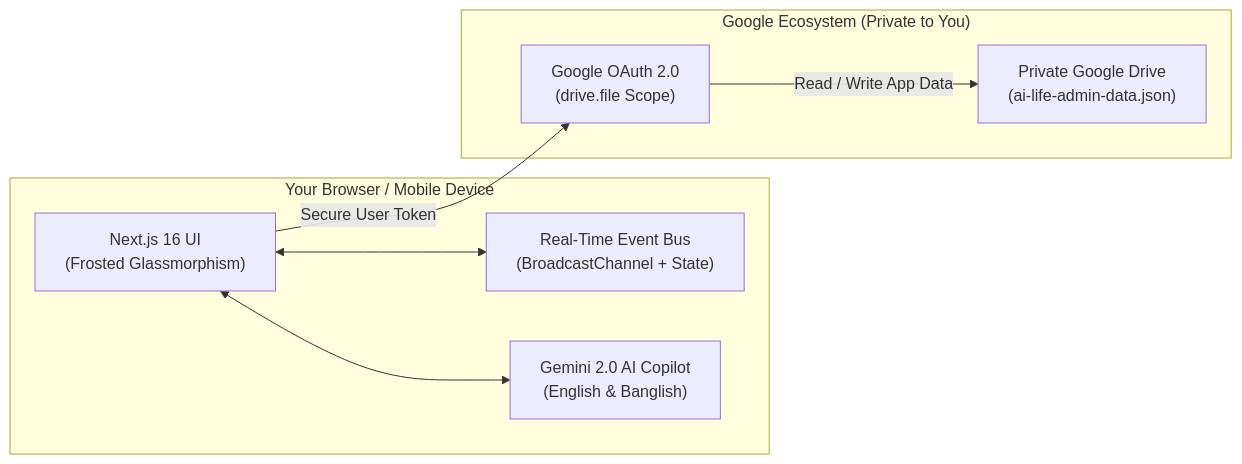
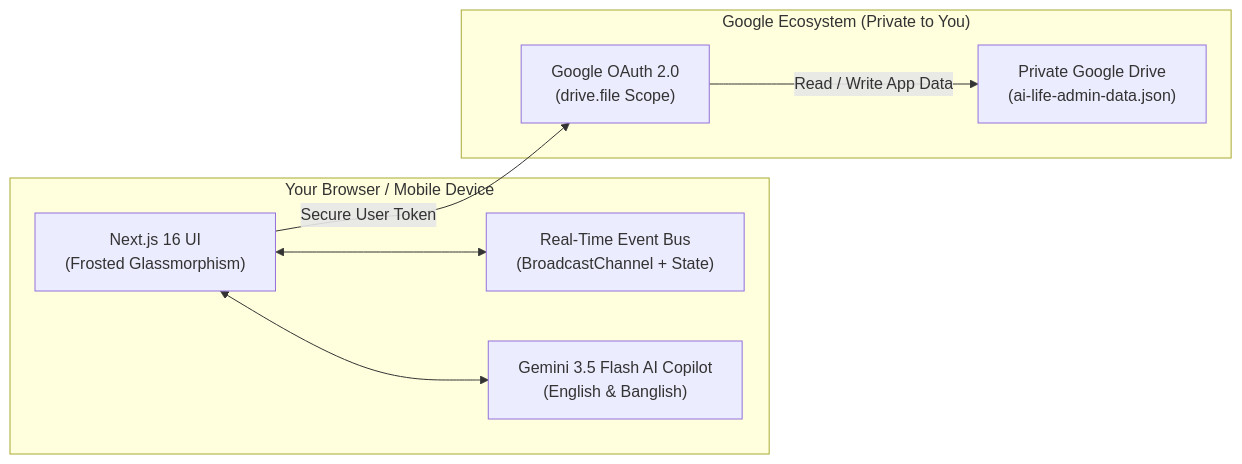
One commit to Dibbodas1/ai-life-admin-project changed the diagram in README.md. Above: the diagram before and after it, drawn with Mermaid. The commit also changed other lines of this file and 21 other files, not shown here.

````diff
--- a/README.md
+++ b/README.md
@@ -111,18 +117,18 @@
 ```mermaid
 flowchart LR
     subgraph Client["Your Browser / Mobile Device"]
         UI["Next.js 16 UI\n(Frosted Glassmorphism)"]
         Bus["Real-Time Event Bus\n(BroadcastChannel + State)"]
-        Agent["Gemini 2.0 AI Copilot\n(English & Banglish)"]
+        Agent["Gemini 3.5 Flash AI Copilot\n(English & Banglish)"]
     end
 
     subgraph GoogleCloud["Google Ecosystem (Private to You)"]
         OAuth["Google OAuth 2.0\n(drive.file Scope)"]
         Drive["Private Google Drive\n(ai-life-admin-data.json)"]
     end
 
     UI <--> Bus
     UI <--> Agent
     UI -- "Secure User Token" --> OAuth
     OAuth -- "Read / Write App Data" --> Drive
 ```
````
